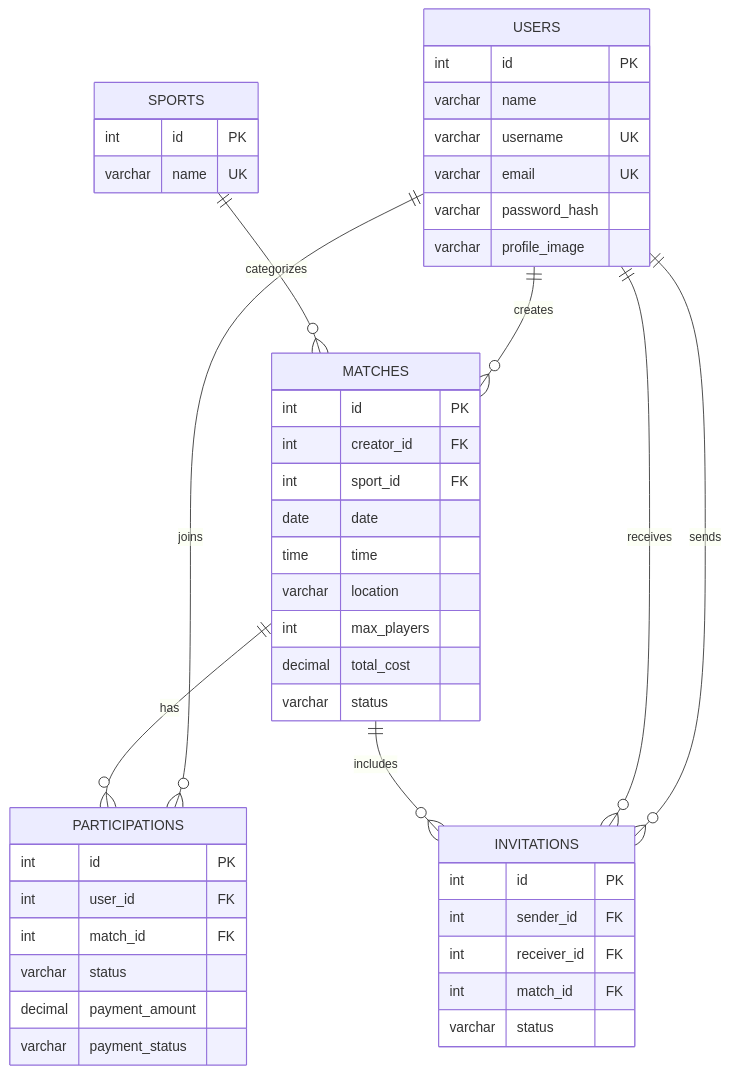
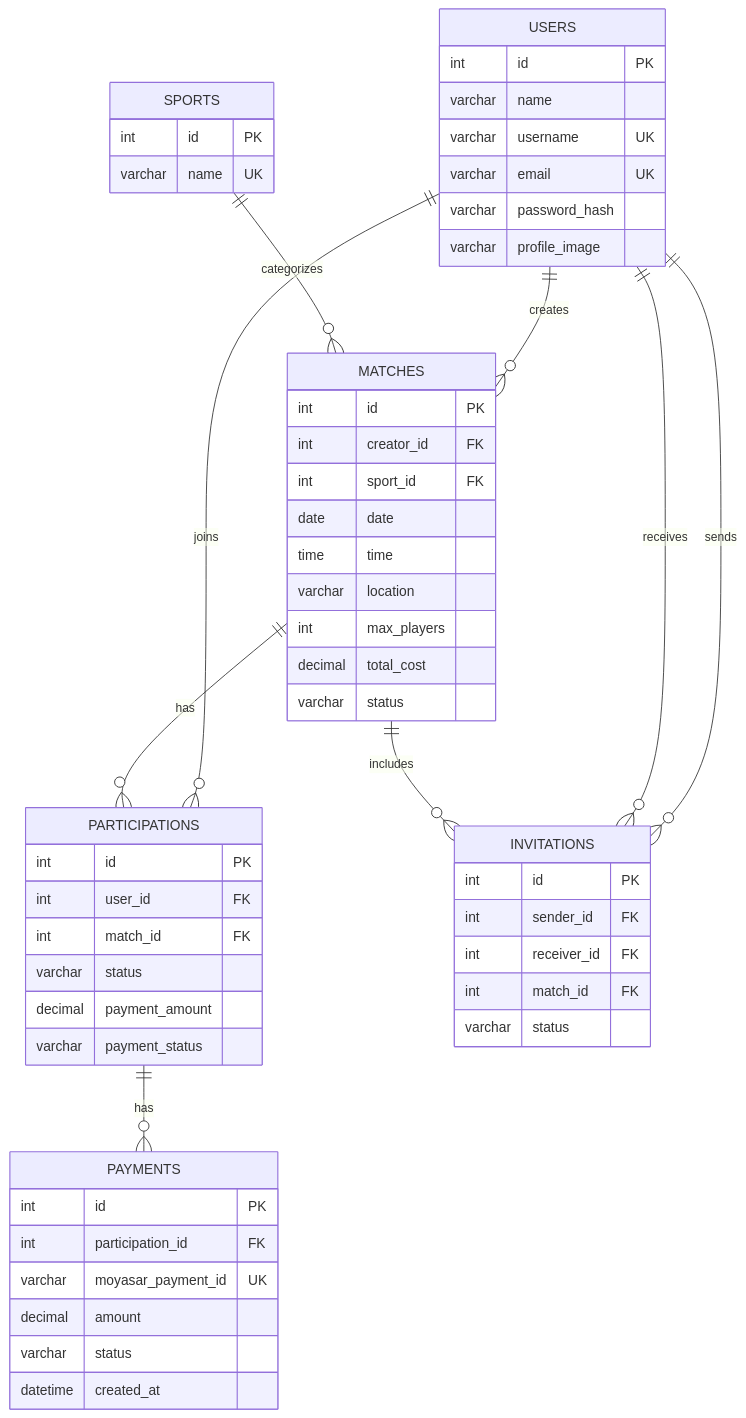
Before and after one commit to rywma/Wesal: the second of 4 diagrams in stage3/readme.md, drawn with Mermaid.

Commit message:
docs: copy finalized ER diagram from Mermaid Live Editor with payment integration readme.md

````diff
--- a/stage3/readme.md
+++ b/stage3/readme.md
@@ -186,53 +186,63 @@
 ```mermaid
 erDiagram
     USERS {
         int id PK
         varchar name
         varchar username UK
         varchar email UK
         varchar password_hash
         varchar profile_image
     }
 
     SPORTS {
         int id PK
         varchar name UK
     }
 
     MATCHES {
         int id PK
         int creator_id FK
         int sport_id FK
         date date
         time time
         varchar location
         int max_players
         decimal total_cost
         varchar status
     }
 
     PARTICIPATIONS {
         int id PK
         int user_id FK
         int match_id FK
         varchar status
         decimal payment_amount
         varchar payment_status
     }
 
     INVITATIONS {
         int id PK
         int sender_id FK
         int receiver_id FK
         int match_id FK
         varchar status
     }
 
+        PAYMENTS {
+        int id PK
+        int participation_id FK
+        varchar moyasar_payment_id UK
+        decimal amount
+        varchar status
+        datetime created_at
+    }
+
     USERS ||--o{ MATCHES : creates
     SPORTS ||--o{ MATCHES : categorizes
     USERS ||--o{ PARTICIPATIONS : joins
     MATCHES ||--o{ PARTICIPATIONS : has
     USERS ||--o{ INVITATIONS : sends
     USERS ||--o{ INVITATIONS : receives
     MATCHES ||--o{ INVITATIONS : includes
+    PARTICIPATIONS ||--o{ PAYMENTS : has
 ```
````
